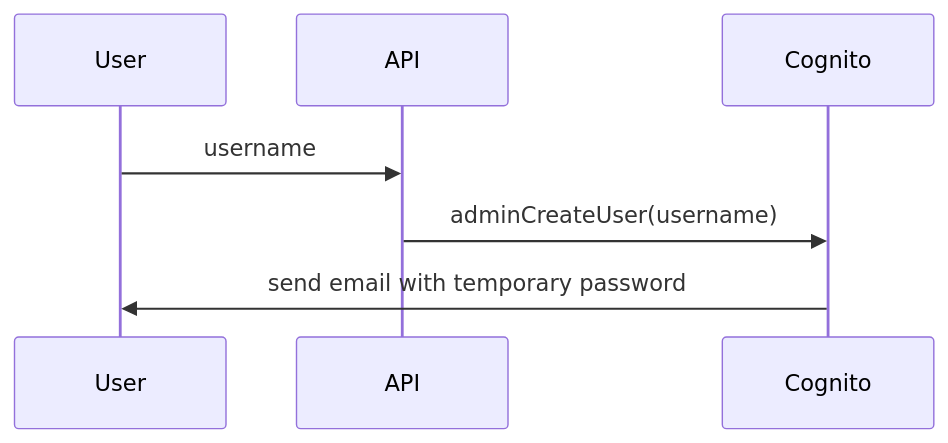
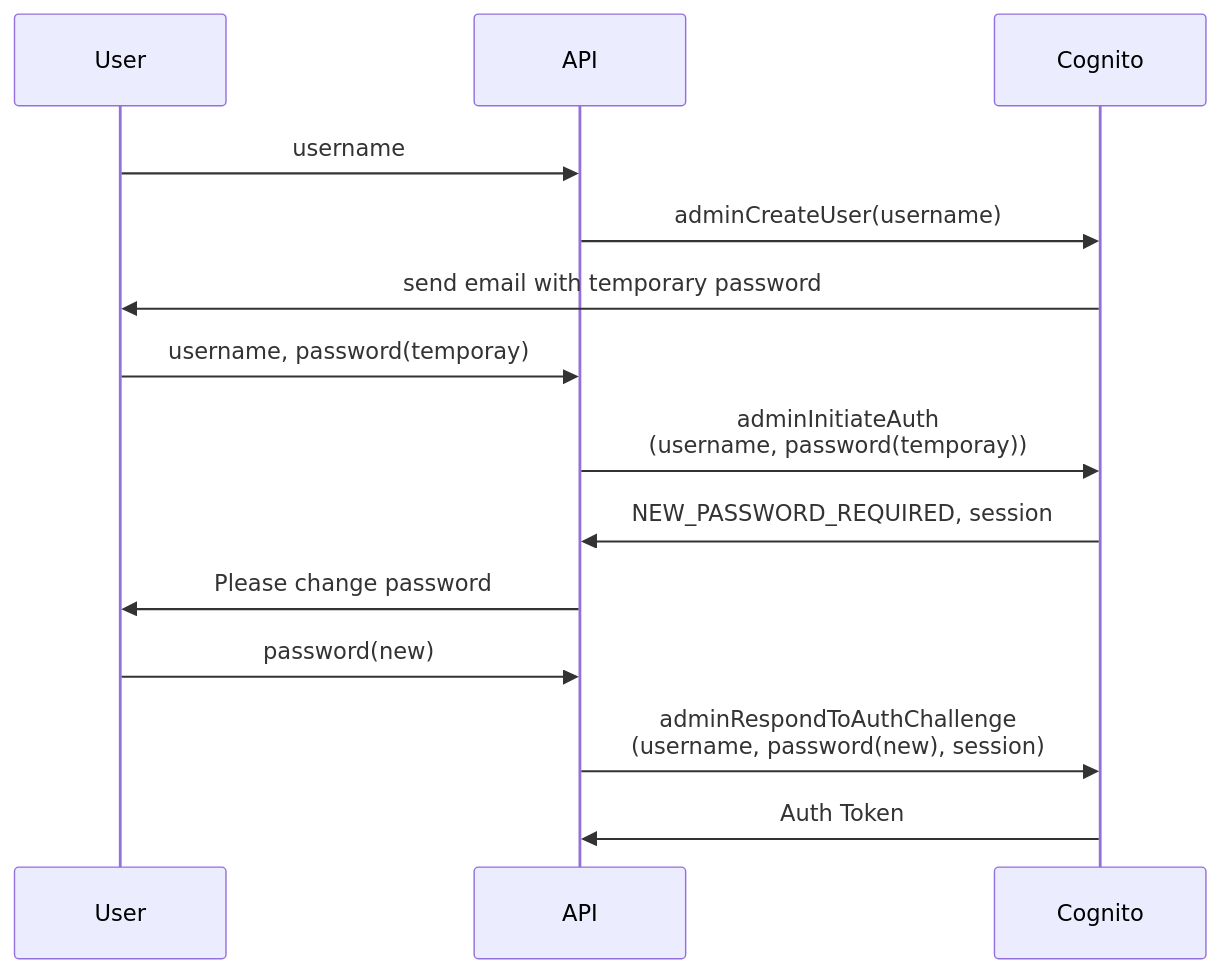
One commit to kunidesuyo/laravel-sandbox changed the diagram in documents/AWS-Cognito/memo.md. Above: the diagram before and after it, drawn with Mermaid. The commit also changed other lines of this file and 1 other file, not shown here.

````diff
--- a/documents/AWS-Cognito/memo.md
+++ b/documents/AWS-Cognito/memo.md
@@ -47,6 +46,13 @@
 ```mermaid
 sequenceDiagram
   User->>API: username
   API->>Cognito: adminCreateUser(username)
   Cognito->>User: send email with temporary password
+  User->>API: username, password(temporay)
+  API->>Cognito: adminInitiateAuth<br>(username, password(temporay))
+  Cognito->>API: NEW_PASSWORD_REQUIRED, session
+  API->>User: Please change password
+  User->>API: password(new)
+  API->>Cognito: adminRespondToAuthChallenge<br>(username, password(new), session)
+  Cognito->>API: Auth Token
 ```
````
